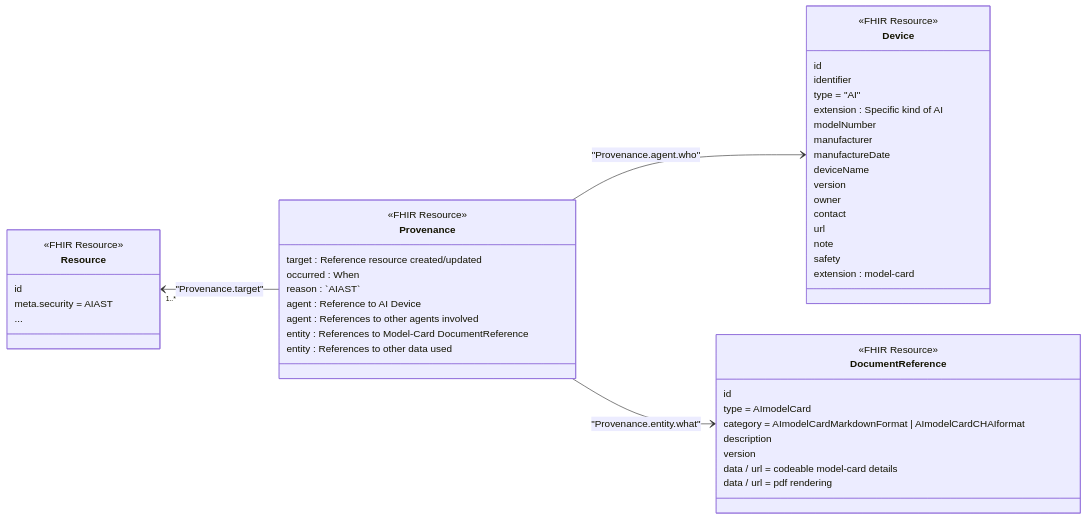
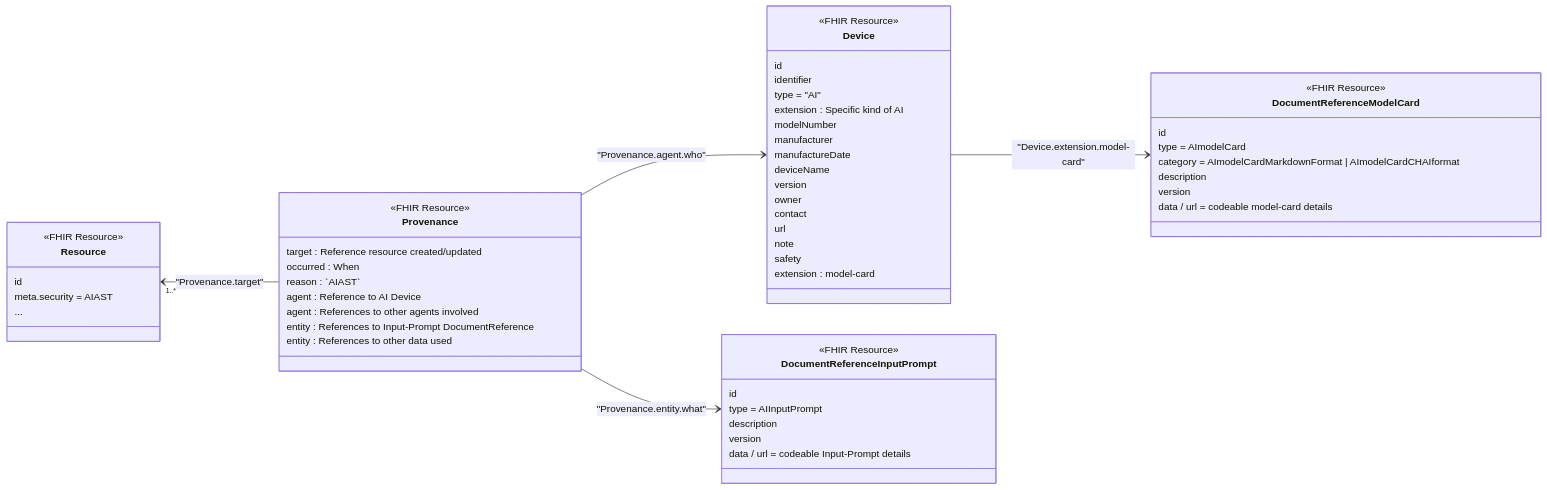
One commit to HL7/aitransparency-ig changed the second of 2 diagrams in input/pagecontent/general_guidance.md. Above: the diagram before and after it, drawn with Mermaid. The commit also changed other lines of this file and 7 other files, not shown here.

Commit message:
FHIR-54421 - Add a profile of DocumentReference for AI Input Prompts as distinct from Model-Cards

````diff
--- a/input/pagecontent/general_guidance.md
+++ b/input/pagecontent/general_guidance.md
@@ -147,55 +147,64 @@
 ```mermaid
 classDiagram
     direction LR
     class Resource {
         <<FHIR Resource>>
         id
         meta.security = AIAST
         ...
     }
 
     class Provenance {
         <<FHIR Resource>>
         target : Reference resource created/updated
         occurred : When
         reason : `AIAST`
         agent : Reference to AI Device
         agent : References to other agents involved
-        entity : References to Model-Card DocumentReference
+        entity : References to Input-Prompt DocumentReference
         entity : References to other data used
     }
 
     class Device {
         <<FHIR Resource>>
         id
         identifier
         type = "AI"
         extension : Specific kind of AI
         modelNumber
         manufacturer
         manufactureDate
         deviceName
         version
         owner
         contact
         url
         note
         safety
         extension : model-card
     }
 
-    class DocumentReference {
+    class DocumentReferenceModelCard {
         <<FHIR Resource>>
         id
         type = AImodelCard
         category = AImodelCardMarkdownFormat | AImodelCardCHAIformat
         description
         version
         data / url = codeable model-card details
-        data / url = pdf rendering
+    }
+
+    class DocumentReferenceInputPrompt {
+        <<FHIR Resource>>
+        id
+        type = AIInputPrompt
+        description
+        version
+        data / url = codeable Input-Prompt details
     }
 
     Resource "1..*" <-- Provenance : "Provenance.target"
     Provenance --> Device : "Provenance.agent.who"
-    Provenance --> DocumentReference : "Provenance.entity.what"
+    Device --> DocumentReferenceModelCard : "Device.extension.model-card"
+    Provenance --> DocumentReferenceInputPrompt : "Provenance.entity.what"
 ```
````
